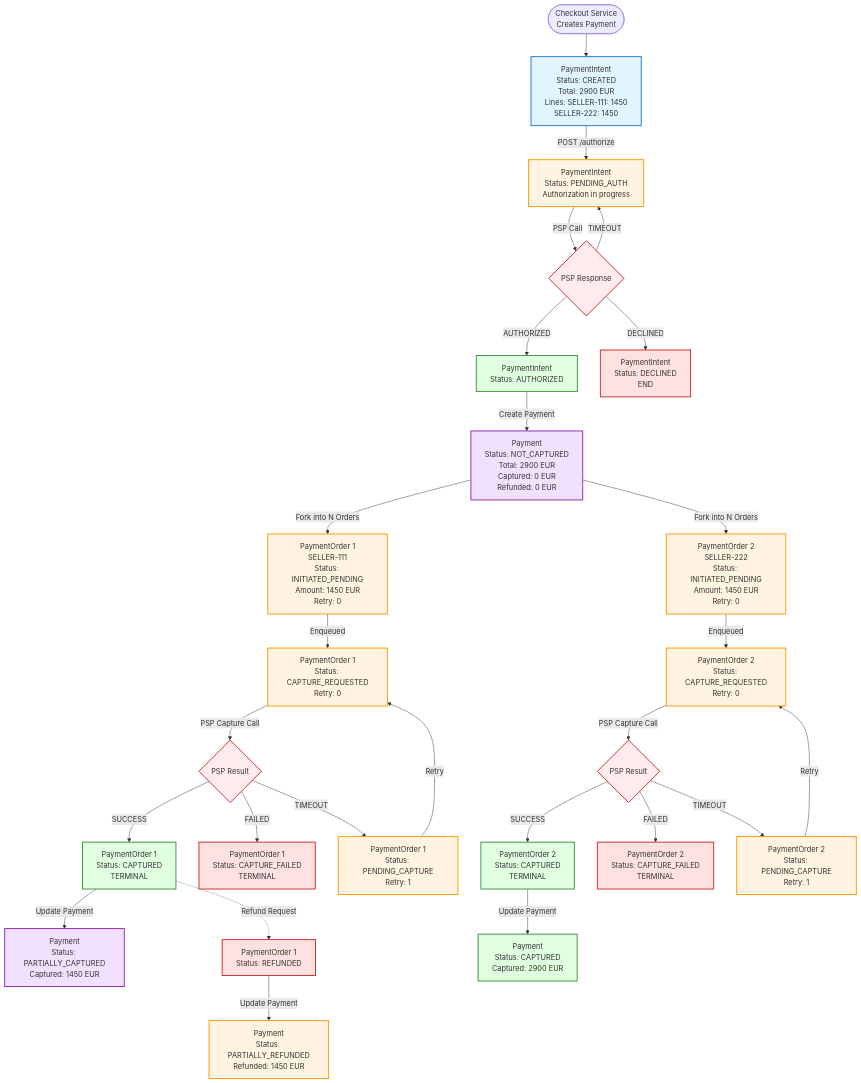
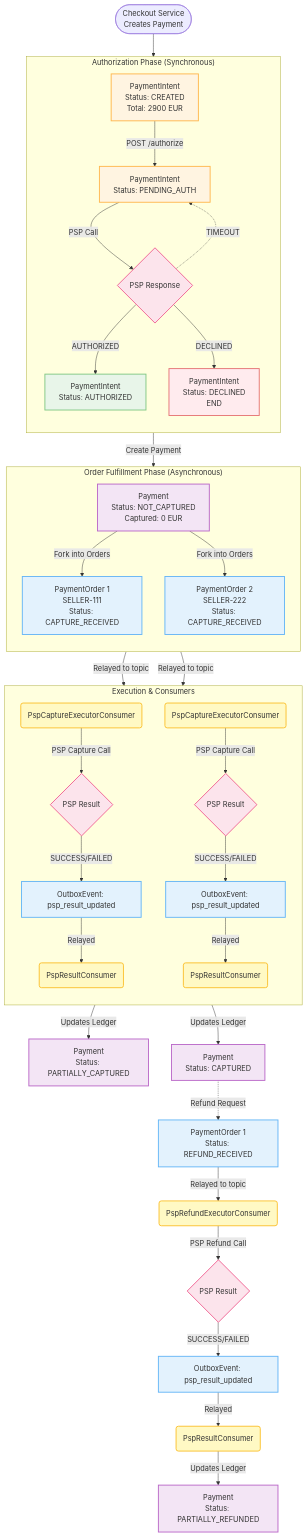
Before and after one commit to dcaglar/ecommerce-platform-kotlin: the second of 5 diagrams in docs/architecture/architecture.md, drawn with Mermaid. The commit also changed other lines of this file and 289 other files, not shown here.

Commit message:
introduce a and edge cell which will run  on different hoist, in one edge cell there will be one payment acceptance service, one local-db and one local outbox forwarder

````diff
--- a/docs/architecture/architecture.md
+++ b/docs/architecture/architecture.md
@@ -320,65 +366,62 @@
 ```mermaid
 graph TD
-    Start([Checkout Service<br/>Creates Payment]) --> PI1[PaymentIntent<br/>Status: CREATED<br/>Total: 2900 EUR<br/>Lines: SELLER-111: 1450<br/>SELLER-222: 1450]
+    classDef intentPending fill:#fff4e1,stroke:#ffb74d,stroke-width:2px,color:#333
+    classDef intentSuccess fill:#e8f5e9,stroke:#81c784,stroke-width:2px,color:#333
+    classDef intentFailed fill:#ffebee,stroke:#e57373,stroke-width:2px,color:#333
+    classDef payment fill:#f3e5f5,stroke:#ba68c8,stroke-width:2px,color:#333
+    classDef order fill:#e3f2fd,stroke:#64b5f6,stroke-width:2px,color:#333
+    classDef consumer fill:#fff9c4,stroke:#fbc02d,stroke-width:2px,color:#333
+    classDef psp fill:#fce4ec,stroke:#f06292,stroke-width:2px,color:#333
 
-    PI1 -->|POST /authorize| PI2[PaymentIntent<br/>Status: PENDING_AUTH<br/>Authorization in progress]
+    Start([Checkout Service<br/>Creates Payment]) --> PI1[PaymentIntent<br/>Status: CREATED<br/>Total: 2900 EUR]
+    
+    subgraph IntentPhase ["Authorization Phase (Synchronous)"]
+        direction TB
+        PI1 -->|POST /authorize| PI2[PaymentIntent<br/>Status: PENDING_AUTH]
+        PI2 -->|PSP Call| PSP{PSP Response}
+        PSP -->|AUTHORIZED| PI3[PaymentIntent<br/>Status: AUTHORIZED]
+        PSP -->|DECLINED| PI4[PaymentIntent<br/>Status: DECLINED<br/>END]
+        PSP -.->|TIMEOUT| PI2
+    end
 
-    PI2 -->|PSP Call| PSP{PSP Response}
+    subgraph PaymentPhase ["Order Fulfillment Phase (Asynchronous)"]
+        direction TB
+        PI3 -->|Create Payment| P1[Payment<br/>Status: NOT_CAPTURED<br/>Captured: 0 EUR]
+        
+        P1 -->|Fork into Orders| PO1[PaymentOrder 1<br/>SELLER-111<br/>Status: CAPTURE_RECEIVED]
+        P1 -->|Fork into Orders| PO2[PaymentOrder 2<br/>SELLER-222<br/>Status: CAPTURE_RECEIVED]
+    end
+
+    subgraph ExecutionPhase ["Execution & Consumers"]
+        direction TB
+        PO1 -->|Relayed to topic| PO1A("PspCaptureExecutorConsumer")
+        PO2 -->|Relayed to topic| PO2A("PspCaptureExecutorConsumer")
+        
+        PO1A -->|PSP Capture Call| PSP1{PSP Result}
+        PO2A -->|PSP Capture Call| PSP2{PSP Result}
+        
+        PSP1 -->|SUCCESS/FAILED| PO1B[OutboxEvent: psp_result_updated]
+        PSP2 -->|SUCCESS/FAILED| PO2B[OutboxEvent: psp_result_updated]
+        
+        PO1B -->|Relayed| PO1C("PspResultConsumer")
+        PO2B -->|Relayed| PO2C("PspResultConsumer")
+    end
+
+    PO1C -->|Updates Ledger| P2[Payment<br/>Status: PARTIALLY_CAPTURED]
+    PO2C -->|Updates Ledger| P3[Payment<br/>Status: CAPTURED]
     
-    PSP -->|AUTHORIZED| PI3[PaymentIntent<br/>Status: AUTHORIZED]
-    PSP -->|DECLINED| PI4[PaymentIntent<br/>Status: DECLINED<br/>END]
-    PSP -->|TIMEOUT| PI2
+    P3 -.->|Refund Request| REF1[PaymentOrder 1<br/>Status: REFUND_RECEIVED]
+    REF1 -->|Relayed to topic| REF2("PspRefundExecutorConsumer")
+    REF2 -->|PSP Refund Call| PSP3{PSP Result}
+    PSP3 -->|SUCCESS/FAILED| REF3[OutboxEvent: psp_result_updated]
+    REF3 -->|Relayed| REF4("PspResultConsumer")
+    REF4 -->|Updates Ledger| P4[Payment<br/>Status: PARTIALLY_REFUNDED]
 
-    PI3 -->|Create Payment| P1[Payment<br/>Status: NOT_CAPTURED<br/>Total: 2900 EUR<br/>Captured: 0 EUR<br/>Refunded: 0 EUR]
-
-    P1 -->|Fork into N Orders| PO1[PaymentOrder 1<br/>SELLER-111<br/>Status: INITIATED_PENDING<br/>Amount: 1450 EUR<br/>Retry: 0]
-    P1 -->|Fork into N Orders| PO2[PaymentOrder 2<br/>SELLER-222<br/>Status: INITIATED_PENDING<br/>Amount: 1450 EUR<br/>Retry: 0]
-
-    %% PaymentOrder 1 State Machine
-    PO1 -->|Enqueued| PO1A[PaymentOrder 1<br/>Status: CAPTURE_REQUESTED<br/>Retry: 0]
-    PO1A -->|PSP Capture Call| PSP1{PSP Result}
-    PSP1 -->|SUCCESS| PO1B[PaymentOrder 1<br/>Status: CAPTURED<br/>TERMINAL]
-    PSP1 -->|FAILED| PO1C[PaymentOrder 1<br/>Status: CAPTURE_FAILED<br/>TERMINAL]
-    PSP1 -->|TIMEOUT| PO1D[PaymentOrder 1<br/>Status: PENDING_CAPTURE<br/>Retry: 1]
-    PO1D -->|Retry| PO1A
-
-    %% PaymentOrder 2 State Machine
-    PO2 -->|Enqueued| PO2A[PaymentOrder 2<br/>Status: CAPTURE_REQUESTED<br/>Retry: 0]
-    PO2A -->|PSP Capture Call| PSP2{PSP Result}
-    PSP2 -->|SUCCESS| PO2B[PaymentOrder 2<br/>Status: CAPTURED<br/>TERMINAL]
-    PSP2 -->|FAILED| PO2C[PaymentOrder 2<br/>Status: CAPTURE_FAILED<br/>TERMINAL]
-    PSP2 -->|TIMEOUT| PO2D[PaymentOrder 2<br/>Status: PENDING_CAPTURE<br/>Retry: 1]
-    PO2D -->|Retry| PO2A
-
-    %% Payment Status Updates
-    PO1B -->|Update Payment| P2[Payment<br/>Status: PARTIALLY_CAPTURED<br/>Captured: 1450 EUR]
-    PO2B -->|Update Payment| P3[Payment<br/>Status: CAPTURED<br/>Captured: 2900 EUR]
-
-    %% Refund Flow (optional)
-    PO1B -.->|Refund Request| PO1E[PaymentOrder 1<br/>Status: REFUNDED]
-    PO1E -->|Update Payment| P4[Payment<br/>Status: PARTIALLY_REFUNDED<br/>Refunded: 1450 EUR]
-
-    %% Styling
-    style PI1 fill:#e1f5ff,stroke:#1976D2,stroke-width:2px
-    style PI2 fill:#fff4e1,stroke:#FF9800,stroke-width:2px
-    style PI3 fill:#e1ffe1,stroke:#388E3C,stroke-width:2px
-    style PI4 fill:#ffe1e1,stroke:#C62828,stroke-width:2px
-    style P1 fill:#f0e1ff,stroke:#8E24AA,stroke-width:2px
-    style P2 fill:#f0e1ff,stroke:#8E24AA,stroke-width:2px
-    style P3 fill:#e1ffe1,stroke:#388E3C,stroke-width:2px
-    style P4 fill:#fff4e1,stroke:#FF9800,stroke-width:2px
-    style PO1 fill:#fff4e1,stroke:#FF9800,stroke-width:2px
-    style PO1A fill:#fff4e1,stroke:#FF9800,stroke-width:2px
-    style PO1B fill:#e1ffe1,stroke:#388E3C,stroke-width:2px
-    style PO1C fill:#ffe1e1,stroke:#C62828,stroke-width:2px
-    style PO1D fill:#fff4e1,stroke:#FF9800,stroke-width:2px
-    style PO1E fill:#ffe1e1,stroke:#C62828,stroke-width:2px
-    style PO2 fill:#fff4e1,stroke:#FF9800,stroke-width:2px
-    style PO2A fill:#fff4e1,stroke:#FF9800,stroke-width:2px
-    style PO2B fill:#e1ffe1,stroke:#388E3C,stroke-width:2px
-    style PO2C fill:#ffe1e1,stroke:#C62828,stroke-width:2px
-    style PO2D fill:#fff4e1,stroke:#FF9800,stroke-width:2px
-    style PSP fill:#ffebee,stroke:#C62828,stroke-width:2px
-    style PSP1 fill:#ffebee,stroke:#C62828,stroke-width:2px
-    style PSP2 fill:#ffebee,stroke:#C62828,stroke-width:2px
+    class PI1,PI2 intentPending
+    class PI3 intentSuccess
+    class PI4 intentFailed
+    class P1,P2,P3,P4 payment
+    class PO1,PO2,REF1,PO1B,PO2B,REF3 order
+    class PO1A,PO2A,PO1C,PO2C,REF2,REF4 consumer
+    class PSP,PSP1,PSP2,PSP3 psp
 ```
````
